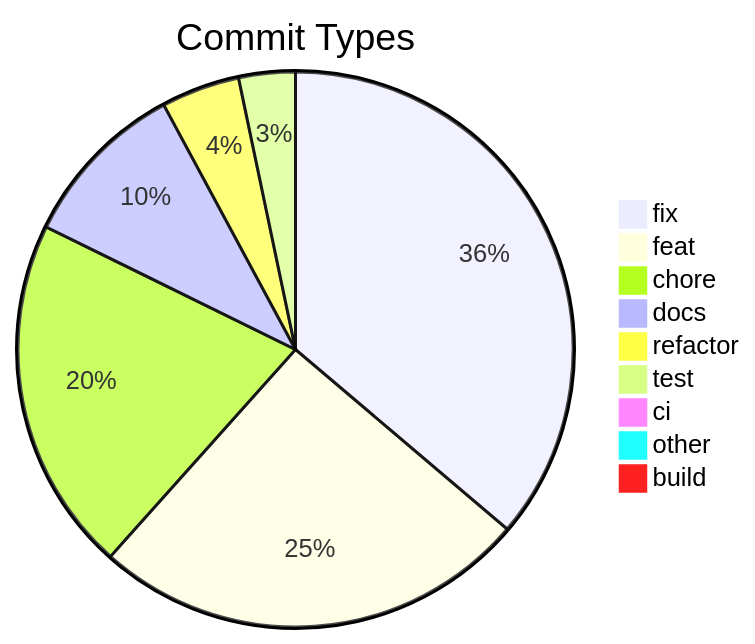
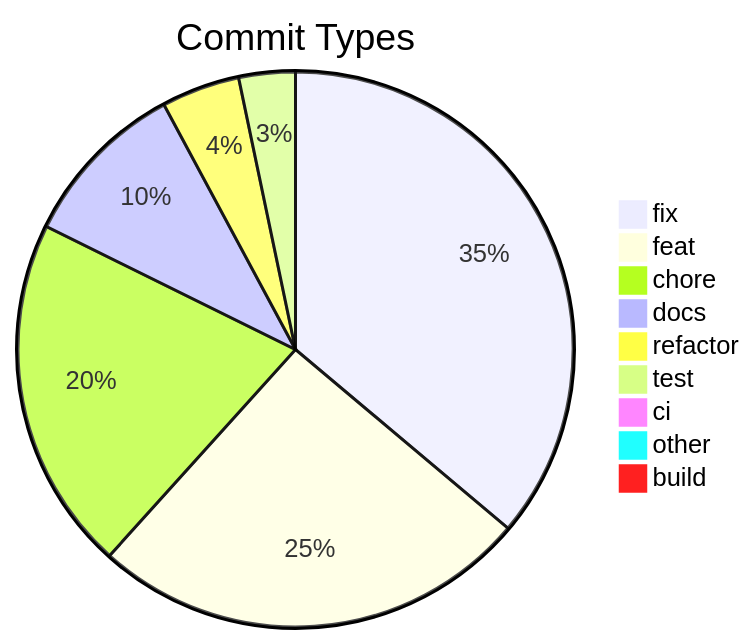
Before and after one commit to svenroth-ai/shipwright-webui: the diagram in .shipwright/compliance/change-history.md, drawn with Mermaid. The commit also changed other lines of this file and 39 other files, not shown here.

````diff
--- a/.shipwright/compliance/change-history.md
+++ b/.shipwright/compliance/change-history.md
@@ -8,12 +8,12 @@
 ```mermaid
 pie title Commit Types
     "fix" : 198
-    "feat" : 139
+    "feat" : 140
     "chore" : 113
     "docs" : 54
     "refactor" : 25
     "test" : 18
     "ci" : 5
     "other" : 4
     "build" : 1
 ```
````
